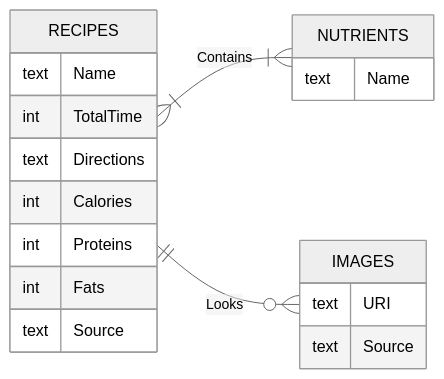
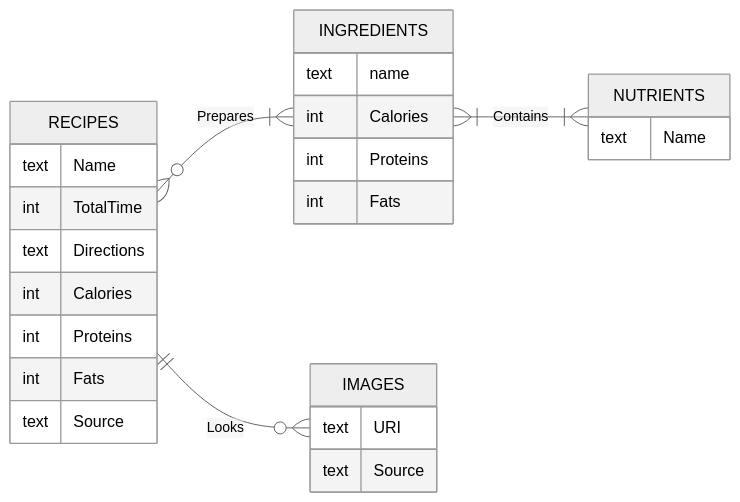
Before and after one commit to alexisuaguilaru/MealPrepPlanner: the first of 2 diagrams in ETL_Pipeline/DOCS.md, drawn with Mermaid (neutral theme). The commit also changed other lines of this file and 1 other file, not shown here.

Commit message:
Additions to documentation to include data sources and schemas for ingredients and digital recipe book tab

````diff
--- a/ETL_Pipeline/DOCS.md
+++ b/ETL_Pipeline/DOCS.md
@@ -148,23 +171,30 @@
 ```mermaid
 erDiagram
     direction LR;
     NUTRIENTS {
         text Name
+    }
+    INGREDIENTS {
+        text name
+        int Calories
+        int Proteins
+        int Fats
     }
     IMAGES {
         text URI
         text Source
     }
     RECIPES {
         text Name
         int TotalTime
         text Directions
         int Calories
         int Proteins
         int Fats
         text Source
     }
 
-    RECIPES }|--|{ NUTRIENTS : Contains
+    INGREDIENTS }|--|{ NUTRIENTS : Contains
+    RECIPES }o--|{ INGREDIENTS : Prepares
     RECIPES ||--o{ IMAGES : Looks
 ```
````
